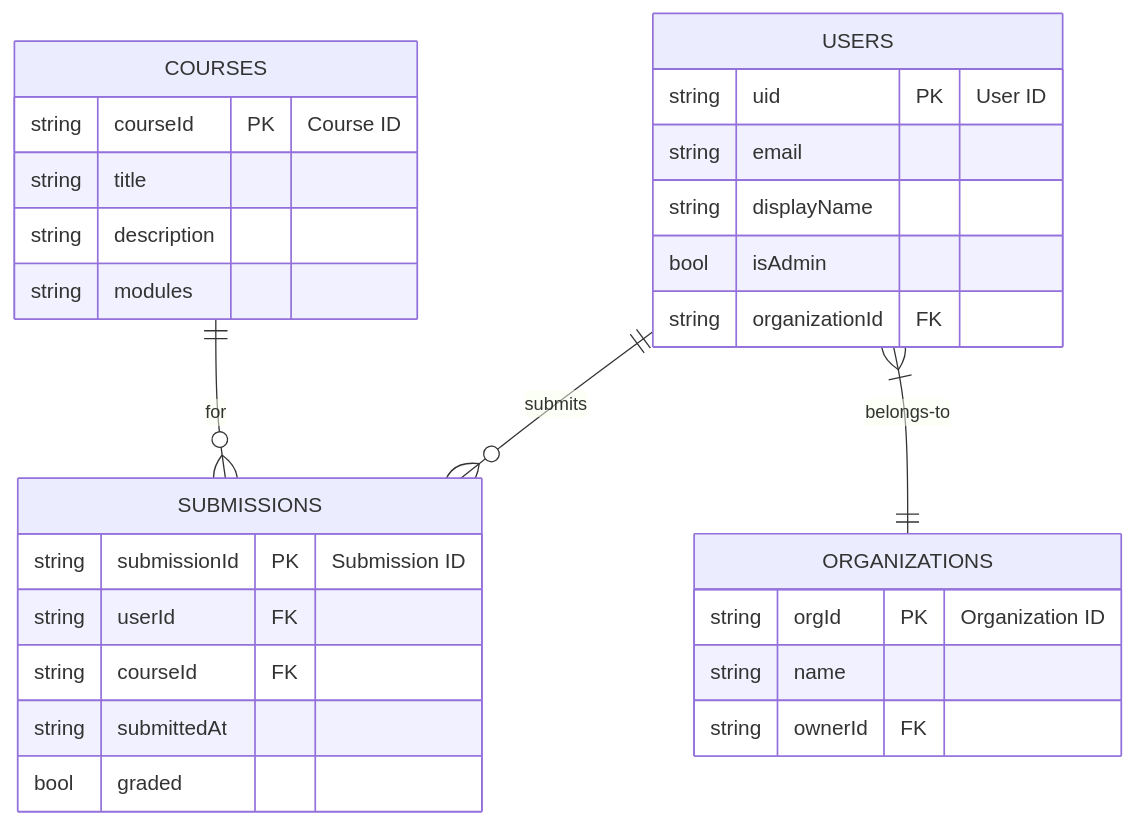
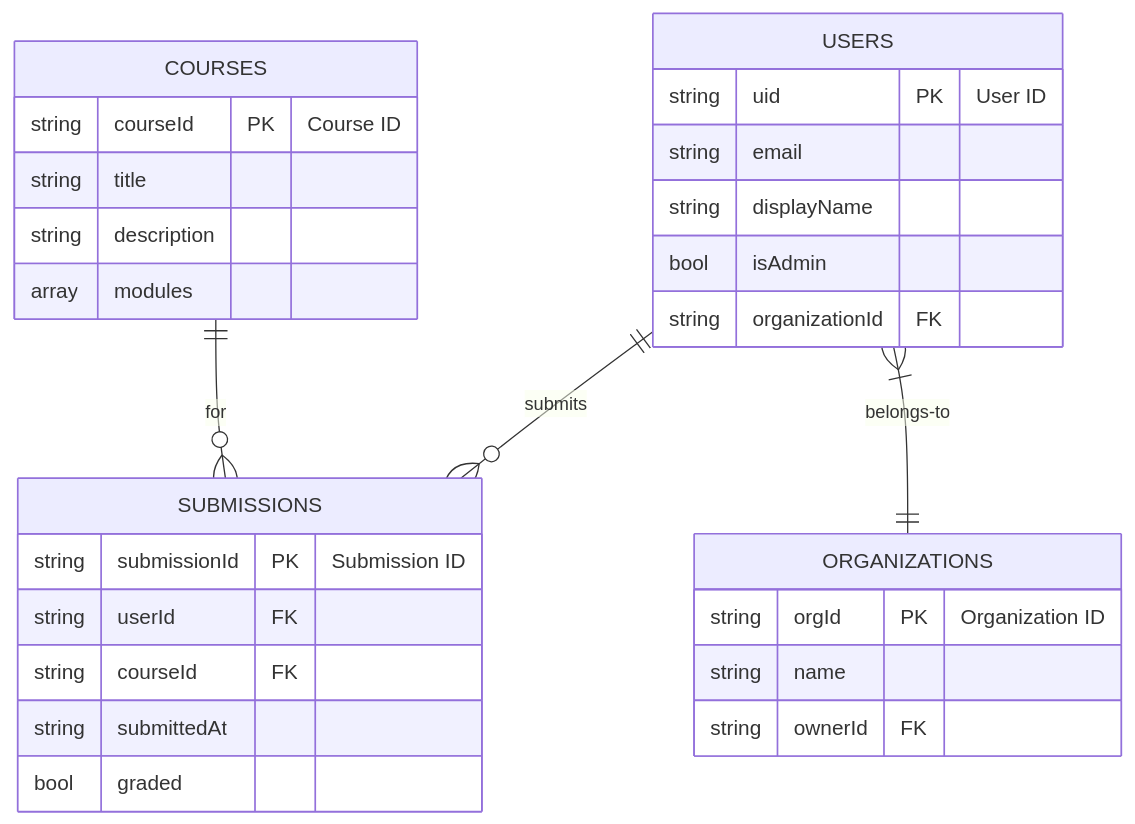
Before and after one commit to Kmaina32/Ubuntu-Academy-: the sixth of 6 diagrams in src/markdown_files/VISUAL_FRAMEWORK.md, drawn with Mermaid. The commit also changed other lines of this file, not shown here.

````diff
--- a/src/markdown_files/VISUAL_FRAMEWORK.md
+++ b/src/markdown_files/VISUAL_FRAMEWORK.md
@@ -185,35 +185,35 @@
 ```mermaid
 erDiagram
     USERS {
         string uid PK "User ID"
         string email
         string displayName
         bool isAdmin
         string organizationId FK
     }
 
     COURSES {
         string courseId PK "Course ID"
         string title
         string description
-        string modules
+        array modules
     }
 
     SUBMISSIONS {
         string submissionId PK "Submission ID"
         string userId FK
         string courseId FK
         string submittedAt
         bool graded
     }
 
     ORGANIZATIONS {
         string orgId PK "Organization ID"
         string name
         string ownerId FK
     }
 
     USERS ||--o{ SUBMISSIONS : submits
     COURSES ||--o{ SUBMISSIONS : for
     USERS }|--|| ORGANIZATIONS : belongs-to
 ```
````
